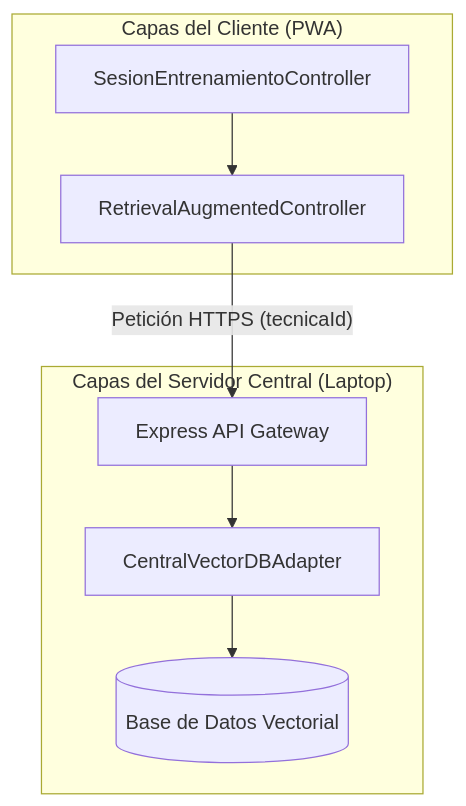
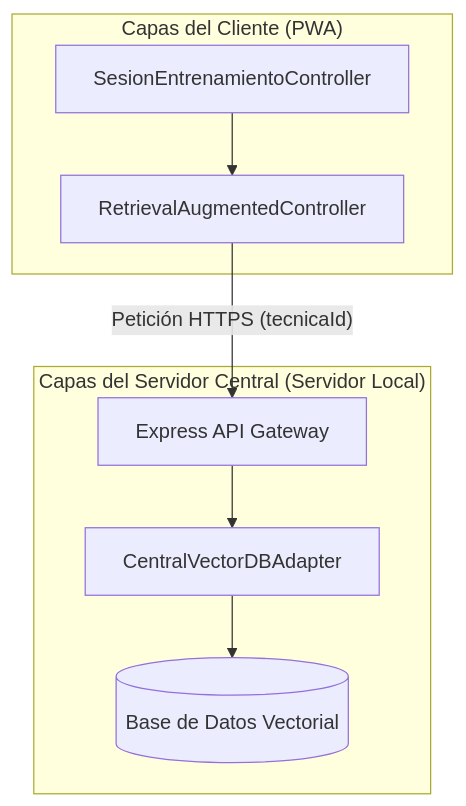
Before and after one commit to Tsmrain/Documentacion: the third of 12 diagrams in README.md, drawn with Mermaid. The commit also changed other lines of this file, not shown here.

Commit message:
docs: update documentation to detail RAG dynamic knowledge ingestion and standardize Servidor Local terminology

````diff
--- a/README.md
+++ b/README.md
@@ -638,18 +638,18 @@
 ```mermaid
 flowchart TD
-    subgraph "Capas del Servidor Central (Laptop)"
+    subgraph "Capas del Servidor Central (Servidor Local)"
         API[Express API Gateway]
         VDB[CentralVectorDBAdapter]
         DB[(Base de Datos Vectorial)]
     end
     
     subgraph "Capas del Cliente (PWA)"
         SEC[SesionEntrenamientoController]
         RAC[RetrievalAugmentedController]
     end
 
     SEC --> RAC
     RAC -- "Petición HTTPS (tecnicaId)" --> API
     API --> VDB
     VDB --> DB
 ```
````
